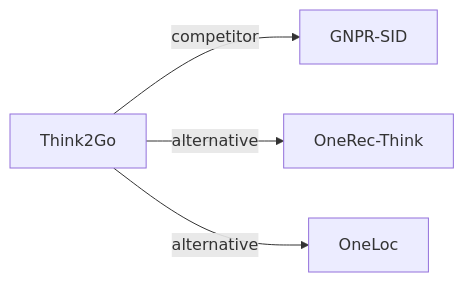
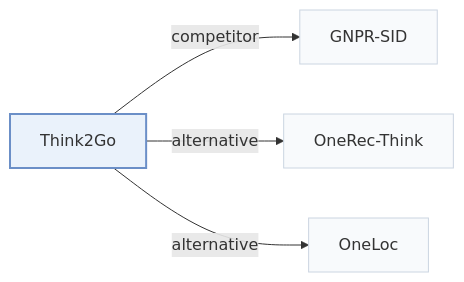
Before and after one commit to Galaxy-ghost/Awesome-SID-Generative-Rec: the third of 3 diagrams in pages/papers/think2go.md, drawn with Mermaid. The commit also changed other lines of this file and 649 other files, not shown here.

Commit message:
writer-05: also tags and modality index (schema, check, build, visuals); summary field removed; calibration data for 12 papers

````diff
--- a/pages/papers/think2go.md
+++ b/pages/papers/think2go.md
@@ -131,7 +138,11 @@
 ```mermaid
 flowchart LR
     P["Think2Go"]
-    P -->|competitor| A["GNPR-SID"]
-    P -->|alternative| B["OneRec-Think"]
-    P -->|alternative| C["OneLoc"]
+    P -->|"competitor"| A["GNPR-SID"]
+    P -->|"alternative"| B["OneRec-Think"]
+    P -->|"alternative"| C["OneLoc"]
+    classDef main fill:#eaf2fb,stroke:#6b8fc7,stroke-width:2px
+    classDef peer fill:#f8fafc,stroke:#cbd5e1
+    class P main
+    class A,B,C peer
 ```
````
